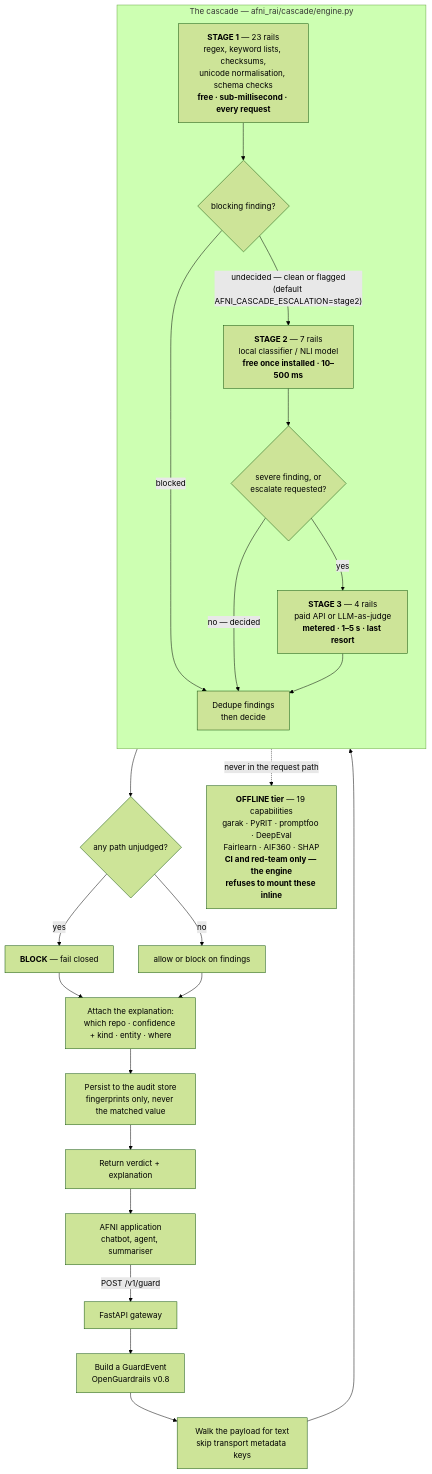
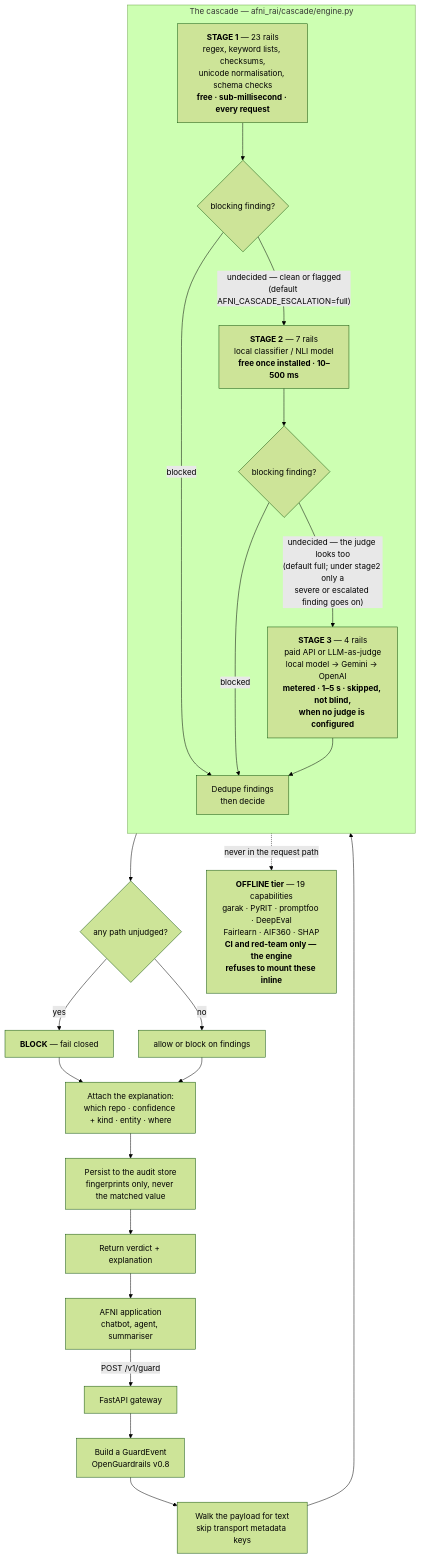
Before and after one commit to saimuthiki/RAI_AFNI: the first of 8 diagrams in README.md, drawn with Mermaid (forest theme). The commit also changed other lines of this file and 22 other files, not shown here.

````diff
--- a/README.md
+++ b/README.md
@@ -190,38 +193,38 @@
 ```mermaid
 flowchart TD
     APP["AFNI application<br/>chatbot, agent, summariser"] -->|"POST /v1/guard"| GW["FastAPI gateway"]
 
     GW --> NORM["Build a GuardEvent<br/>OpenGuardrails v0.8"]
     NORM --> WALK["Walk the payload for text<br/>skip transport metadata keys"]
     WALK --> S1
 
     subgraph CASCADE["The cascade — afni_rai/cascade/engine.py"]
       direction TB
       S1["<b>STAGE 1</b> — 23 rails<br/>regex, keyword lists, checksums,<br/>unicode normalisation, schema checks<br/><b>free · sub-millisecond · every request</b>"]
       S1 --> D1{"blocking finding?"}
       D1 -->|"blocked"| VERDICT
-      D1 -->|"undecided — clean or flagged<br/>(default AFNI_CASCADE_ESCALATION=stage2)"| S2
+      D1 -->|"undecided — clean or flagged<br/>(default AFNI_CASCADE_ESCALATION=full)"| S2
 
       S2["<b>STAGE 2</b> — 7 rails<br/>local classifier / NLI model<br/><b>free once installed · 10–500 ms</b>"]
-      S2 --> D2{"severe finding, or<br/>escalate requested?"}
-      D2 -->|"no — decided"| VERDICT
-      D2 -->|"yes"| S3
+      S2 --> D2{"blocking finding?"}
+      D2 -->|"blocked"| VERDICT
+      D2 -->|"undecided — the judge looks too<br/>(default full; under stage2 only a<br/>severe or escalated finding goes on)"| S3
 
-      S3["<b>STAGE 3</b> — 4 rails<br/>paid API or LLM-as-judge<br/><b>metered · 1–5 s · last resort</b>"]
+      S3["<b>STAGE 3</b> — 4 rails<br/>paid API or LLM-as-judge<br/>local model → Gemini → OpenAI<br/><b>metered · 1–5 s · skipped, not blind,<br/>when no judge is configured</b>"]
       S3 --> VERDICT
     end
 
     VERDICT["Dedupe findings<br/>then decide"] --> FC{"any path unjudged?"}
     FC -->|"yes"| BLOCK["<b>BLOCK</b> — fail closed"]
     FC -->|"no"| DEC["allow or block on findings"]
 
     BLOCK --> EXPLAIN
     DEC --> EXPLAIN
     EXPLAIN["Attach the explanation:<br/>which repo · confidence + kind · entity · where"]
     EXPLAIN --> AUDIT["Persist to the audit store<br/>fingerprints only, never the matched value"]
     AUDIT --> RESP["Return verdict + explanation"]
     RESP --> APP
 
     OFFLINE["<b>OFFLINE tier</b> — 19 capabilities<br/>garak · PyRIT · promptfoo · DeepEval<br/>Fairlearn · AIF360 · SHAP<br/><b>CI and red-team only — the engine<br/>refuses to mount these inline</b>"]
     CASCADE -.->|"never in the request path"| OFFLINE
 ```
````
